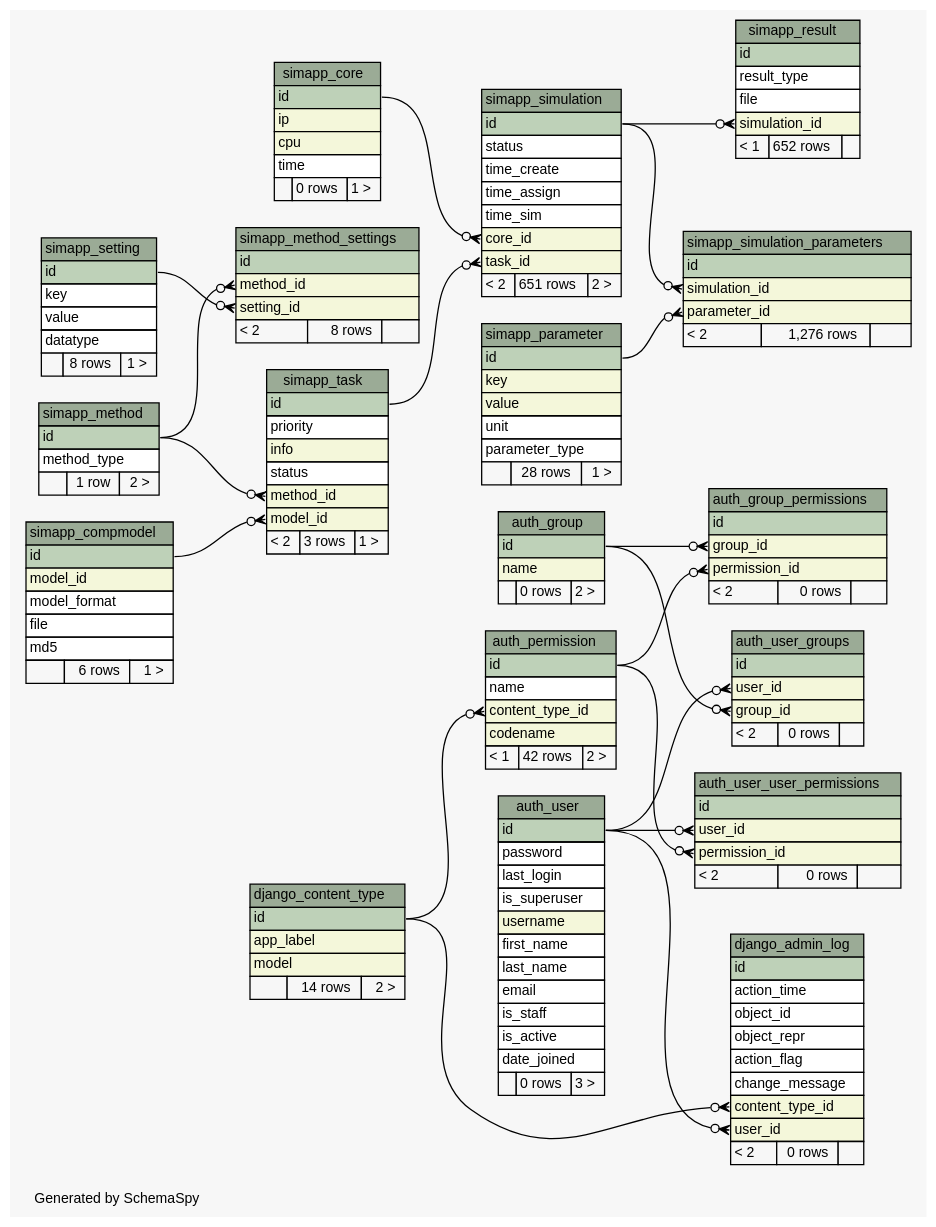
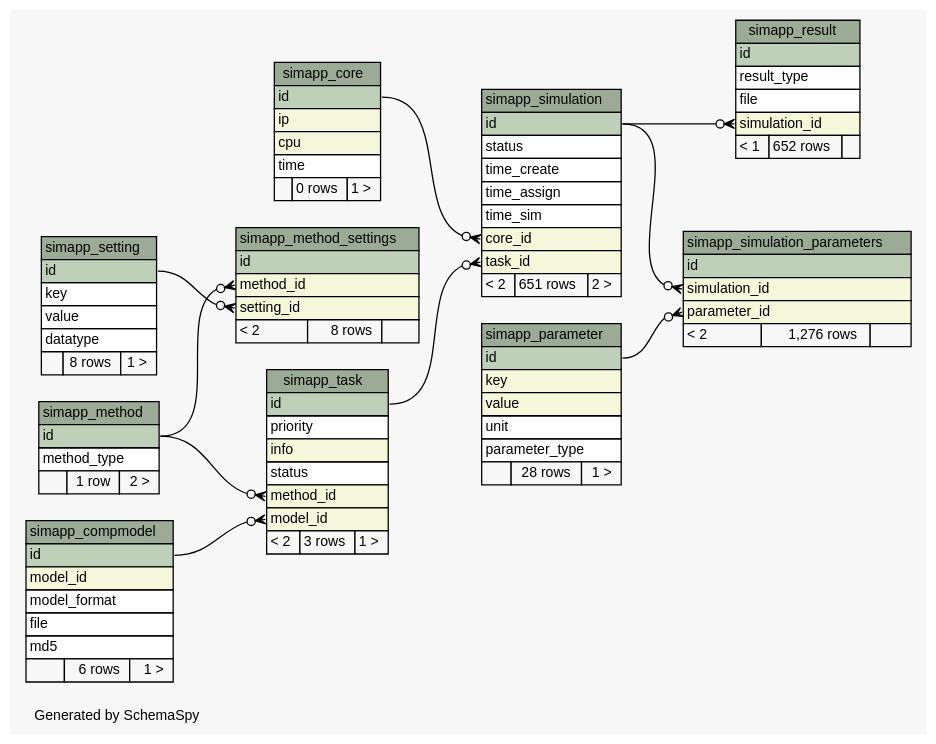
One commit to jingyayeah/multiscale-galactose changed the diagram in database/schema/diagrams/summary/relationships.real.large.dot. Above: the diagram before and after it, drawn with Graphviz. The commit also changed 43 other files, not shown here.

Commit message:
Added database schema information to user interface

```diff
--- a/database/schema/diagrams/summary/relationships.real.large.dot
+++ b/database/schema/diagrams/summary/relationships.real.large.dot
@@ -18,115 +18,6 @@
   ];
   edge [
     arrowsize="0.8"
-  ];
-  "auth_group" [
-    label=<
-    <TABLE BORDER="0" CELLBORDER="1" CELLSPACING="0" BGCOLOR="#ffffff">
-      <TR><TD COLSPAN="3" BGCOLOR="#9bab96" ALIGN="CENTER">auth_group</TD></TR>
-      <TR><TD PORT="id" COLSPAN="3" BGCOLOR="#bed1b8" ALIGN="LEFT">id</TD></TR>
-      <TR><TD PORT="name" COLSPAN="3" BGCOLOR="#f4f7da" ALIGN="LEFT">name</TD></TR>
-      <TR><TD ALIGN="LEFT" BGCOLOR="#f7f7f7">  </TD><TD ALIGN="RIGHT" BGCOLOR="#f7f7f7">0 rows</TD><TD ALIGN="RIGHT" BGCOLOR="#f7f7f7">2 &gt;</TD></TR>
-    </TABLE>>
-    URL="tables/auth_group.html"
-    tooltip="auth_group"
-  ];
-  "auth_group_permissions" [
-    label=<
-    <TABLE BORDER="0" CELLBORDER="1" CELLSPACING="0" BGCOLOR="#ffffff">
-      <TR><TD COLSPAN="3" BGCOLOR="#9bab96" ALIGN="CENTER">auth_group_permissions</TD></TR>
-      <TR><TD PORT="id" COLSPAN="3" BGCOLOR="#bed1b8" ALIGN="LEFT">id</TD></TR>
-      <TR><TD PORT="group_id" COLSPAN="3" BGCOLOR="#f4f7da" ALIGN="LEFT">group_id</TD></TR>
-      <TR><TD PORT="permission_id" COLSPAN="3" BGCOLOR="#f4f7da" ALIGN="LEFT">permission_id</TD></TR>
-      <TR><TD ALIGN="LEFT" BGCOLOR="#f7f7f7">&lt; 2</TD><TD ALIGN="RIGHT" BGCOLOR="#f7f7f7">0 rows</TD><TD ALIGN="RIGHT" BGCOLOR="#f7f7f7">  </TD></TR>
-    </TABLE>>
-    URL="tables/auth_group_permissions.html"
-    tooltip="auth_group_permissions"
-  ];
-  "auth_permission" [
-    label=<
-    <TABLE BORDER="0" CELLBORDER="1" CELLSPACING="0" BGCOLOR="#ffffff">
-      <TR><TD COLSPAN="3" BGCOLOR="#9bab96" ALIGN="CENTER">auth_permission</TD></TR>
-      <TR><TD PORT="id" COLSPAN="3" BGCOLOR="#bed1b8" ALIGN="LEFT">id</TD></TR>
-      <TR><TD PORT="name" COLSPAN="3" ALIGN="LEFT">name</TD></TR>
-      <TR><TD PORT="content_type_id" COLSPAN="3" BGCOLOR="#f4f7da" ALIGN="LEFT">content_type_id</TD></TR>
-      <TR><TD PORT="codename" COLSPAN="3" BGCOLOR="#f4f7da" ALIGN="LEFT">codename</TD></TR>
-      <TR><TD ALIGN="LEFT" BGCOLOR="#f7f7f7">&lt; 1</TD><TD ALIGN="RIGHT" BGCOLOR="#f7f7f7">42 rows</TD><TD ALIGN="RIGHT" BGCOLOR="#f7f7f7">2 &gt;</TD></TR>
-    </TABLE>>
-    URL="tables/auth_permission.html"
-    tooltip="auth_permission"
-  ];
-  "auth_user" [
-    label=<
-    <TABLE BORDER="0" CELLBORDER="1" CELLSPACING="0" BGCOLOR="#ffffff">
-      <TR><TD COLSPAN="3" BGCOLOR="#9bab96" ALIGN="CENTER">auth_user</TD></TR>
-      <TR><TD PORT="id" COLSPAN="3" BGCOLOR="#bed1b8" ALIGN="LEFT">id</TD></TR>
-      <TR><TD PORT="password" COLSPAN="3" ALIGN="LEFT">password</TD></TR>
-      <TR><TD PORT="last_login" COLSPAN="3" ALIGN="LEFT">last_login</TD></TR>
-      <TR><TD PORT="is_superuser" COLSPAN="3" ALIGN="LEFT">is_superuser</TD></TR>
-      <TR><TD PORT="username" COLSPAN="3" BGCOLOR="#f4f7da" ALIGN="LEFT">username</TD></TR>
-      <TR><TD PORT="first_name" COLSPAN="3" ALIGN="LEFT">first_name</TD></TR>
-      <TR><TD PORT="last_name" COLSPAN="3" ALIGN="LEFT">last_name</TD></TR>
-      <TR><TD PORT="email" COLSPAN="3" ALIGN="LEFT">email</TD></TR>
-      <TR><TD PORT="is_staff" COLSPAN="3" ALIGN="LEFT">is_staff</TD></TR>
-      <TR><TD PORT="is_active" COLSPAN="3" ALIGN="LEFT">is_active</TD></TR>
-      <TR><TD PORT="date_joined" COLSPAN="3" ALIGN="LEFT">date_joined</TD></TR>
-      <TR><TD ALIGN="LEFT" BGCOLOR="#f7f7f7">  </TD><TD ALIGN="RIGHT" BGCOLOR="#f7f7f7">0 rows</TD><TD ALIGN="RIGHT" BGCOLOR="#f7f7f7">3 &gt;</TD></TR>
-    </TABLE>>
-    URL="tables/auth_user.html"
-    tooltip="auth_user"
-  ];
-  "auth_user_groups" [
-    label=<
-    <TABLE BORDER="0" CELLBORDER="1" CELLSPACING="0" BGCOLOR="#ffffff">
-      <TR><TD COLSPAN="3" BGCOLOR="#9bab96" ALIGN="CENTER">auth_user_groups</TD></TR>
-      <TR><TD PORT="id" COLSPAN="3" BGCOLOR="#bed1b8" ALIGN="LEFT">id</TD></TR>
-      <TR><TD PORT="user_id" COLSPAN="3" BGCOLOR="#f4f7da" ALIGN="LEFT">user_id</TD></TR>
-      <TR><TD PORT="group_id" COLSPAN="3" BGCOLOR="#f4f7da" ALIGN="LEFT">group_id</TD></TR>
-      <TR><TD ALIGN="LEFT" BGCOLOR="#f7f7f7">&lt; 2</TD><TD ALIGN="RIGHT" BGCOLOR="#f7f7f7">0 rows</TD><TD ALIGN="RIGHT" BGCOLOR="#f7f7f7">  </TD></TR>
-    </TABLE>>
-    URL="tables/auth_user_groups.html"
-    tooltip="auth_user_groups"
-  ];
-  "auth_user_user_permissions" [
-    label=<
-    <TABLE BORDER="0" CELLBORDER="1" CELLSPACING="0" BGCOLOR="#ffffff">
-      <TR><TD COLSPAN="3" BGCOLOR="#9bab96" ALIGN="CENTER">auth_user_user_permissions</TD></TR>
-      <TR><TD PORT="id" COLSPAN="3" BGCOLOR="#bed1b8" ALIGN="LEFT">id</TD></TR>
-      <TR><TD PORT="user_id" COLSPAN="3" BGCOLOR="#f4f7da" ALIGN="LEFT">user_id</TD></TR>
-      <TR><TD PORT="permission_id" COLSPAN="3" BGCOLOR="#f4f7da" ALIGN="LEFT">permission_id</TD></TR>
-      <TR><TD ALIGN="LEFT" BGCOLOR="#f7f7f7">&lt; 2</TD><TD ALIGN="RIGHT" BGCOLOR="#f7f7f7">0 rows</TD><TD ALIGN="RIGHT" BGCOLOR="#f7f7f7">  </TD></TR>
-    </TABLE>>
-    URL="tables/auth_user_user_permissions.html"
-    tooltip="auth_user_user_permissions"
-  ];
-  "django_admin_log" [
-    label=<
-    <TABLE BORDER="0" CELLBORDER="1" CELLSPACING="0" BGCOLOR="#ffffff">
-      <TR><TD COLSPAN="3" BGCOLOR="#9bab96" ALIGN="CENTER">django_admin_log</TD></TR>
-      <TR><TD PORT="id" COLSPAN="3" BGCOLOR="#bed1b8" ALIGN="LEFT">id</TD></TR>
-      <TR><TD PORT="action_time" COLSPAN="3" ALIGN="LEFT">action_time</TD></TR>
-      <TR><TD PORT="object_id" COLSPAN="3" ALIGN="LEFT">object_id</TD></TR>
-      <TR><TD PORT="object_repr" COLSPAN="3" ALIGN="LEFT">object_repr</TD></TR>
-      <TR><TD PORT="action_flag" COLSPAN="3" ALIGN="LEFT">action_flag</TD></TR>
-      <TR><TD PORT="change_message" COLSPAN="3" ALIGN="LEFT">change_message</TD></TR>
-      <TR><TD PORT="content_type_id" COLSPAN="3" BGCOLOR="#f4f7da" ALIGN="LEFT">content_type_id</TD></TR>
-      <TR><TD PORT="user_id" COLSPAN="3" BGCOLOR="#f4f7da" ALIGN="LEFT">user_id</TD></TR>
-      <TR><TD ALIGN="LEFT" BGCOLOR="#f7f7f7">&lt; 2</TD><TD ALIGN="RIGHT" BGCOLOR="#f7f7f7">0 rows</TD><TD ALIGN="RIGHT" BGCOLOR="#f7f7f7">  </TD></TR>
-    </TABLE>>
-    URL="tables/django_admin_log.html"
-    tooltip="django_admin_log"
-  ];
-  "django_content_type" [
-    label=<
-    <TABLE BORDER="0" CELLBORDER="1" CELLSPACING="0" BGCOLOR="#ffffff">
-      <TR><TD COLSPAN="3" BGCOLOR="#9bab96" ALIGN="CENTER">django_content_type</TD></TR>
-      <TR><TD PORT="id" COLSPAN="3" BGCOLOR="#bed1b8" ALIGN="LEFT">id</TD></TR>
-      <TR><TD PORT="app_label" COLSPAN="3" BGCOLOR="#f4f7da" ALIGN="LEFT">app_label</TD></TR>
-      <TR><TD PORT="model" COLSPAN="3" BGCOLOR="#f4f7da" ALIGN="LEFT">model</TD></TR>
-      <TR><TD ALIGN="LEFT" BGCOLOR="#f7f7f7">  </TD><TD ALIGN="RIGHT" BGCOLOR="#f7f7f7">14 rows</TD><TD ALIGN="RIGHT" BGCOLOR="#f7f7f7">2 &gt;</TD></TR>
-    </TABLE>>
-    URL="tables/django_content_type.html"
-    tooltip="django_content_type"
   ];
   "simapp_compmodel" [
     label=<
@@ -261,15 +152,6 @@
     URL="tables/simapp_task.html"
     tooltip="simapp_task"
   ];
-  "auth_group_permissions":"group_id":w -> "auth_group":"id":e [arrowhead=none dir=back arrowtail=crowodot];
-  "auth_group_permissions":"permission_id":w -> "auth_permission":"id":e [arrowhead=none dir=back arrowtail=crowodot];
-  "auth_permission":"content_type_id":w -> "django_content_type":"id":e [arrowhead=none dir=back arrowtail=crowodot];
-  "auth_user_groups":"group_id":w -> "auth_group":"id":e [arrowhead=none dir=back arrowtail=crowodot];
-  "auth_user_groups":"user_id":w -> "auth_user":"id":e [arrowhead=none dir=back arrowtail=crowodot];
-  "auth_user_user_permissions":"permission_id":w -> "auth_permission":"id":e [arrowhead=none dir=back arrowtail=crowodot];
-  "auth_user_user_permissions":"user_id":w -> "auth_user":"id":e [arrowhead=none dir=back arrowtail=crowodot];
-  "django_admin_log":"content_type_id":w -> "django_content_type":"id":e [arrowhead=none dir=back arrowtail=crowodot];
-  "django_admin_log":"user_id":w -> "auth_user":"id":e [arrowhead=none dir=back arrowtail=crowodot];
   "simapp_method_settings":"method_id":w -> "simapp_method":"id":e [arrowhead=none dir=back arrowtail=crowodot];
   "simapp_method_settings":"setting_id":w -> "simapp_setting":"id":e [arrowhead=none dir=back arrowtail=crowodot];
   "simapp_result":"simulation_id":w -> "simapp_simulation":"id":e [arrowhead=none dir=back arrowtail=crowodot];
```
